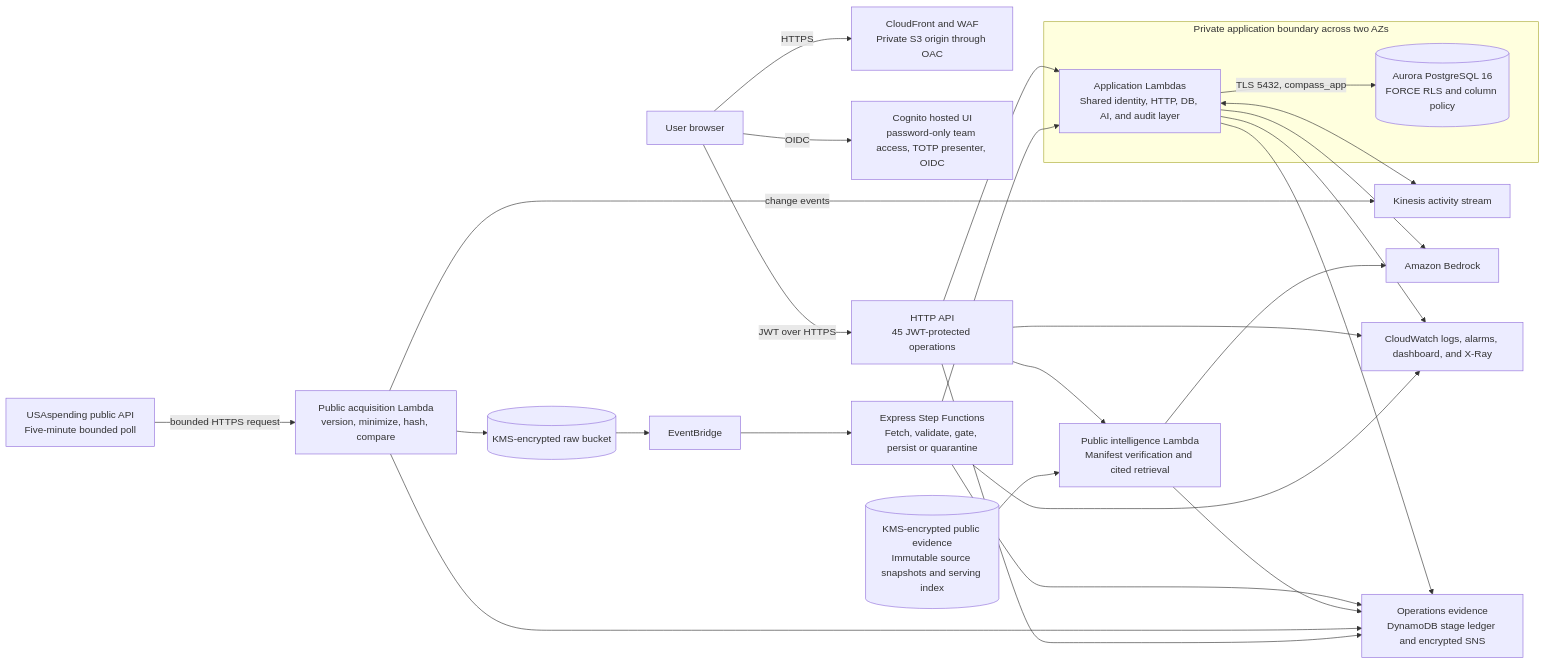
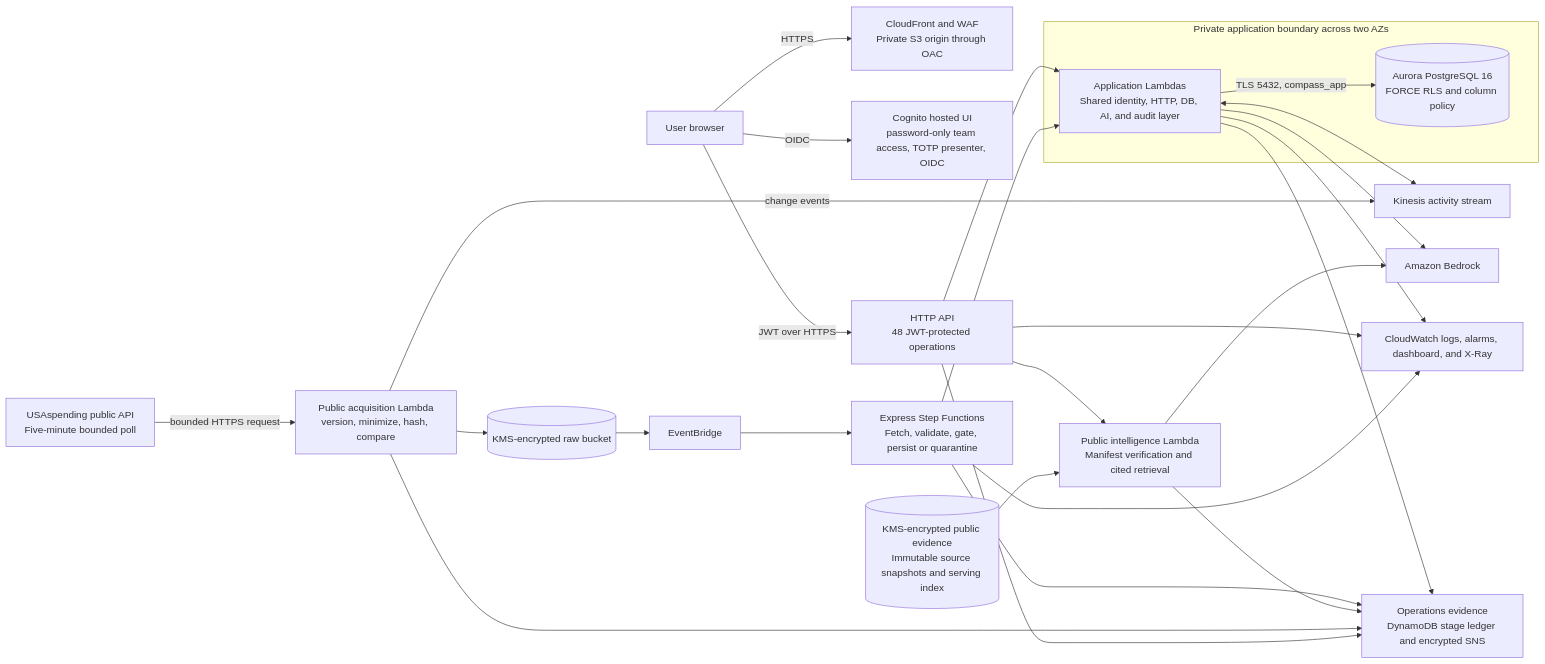
One commit to SatsyilCorp/compass-demo changed the first of 3 diagrams in docs/ARCHITECTURE.md. Above: the diagram before and after it, drawn with Mermaid. The commit also changed other lines of this file and 27 other files, not shown here.

````diff
--- a/docs/ARCHITECTURE.md
+++ b/docs/ARCHITECTURE.md
@@ -15,47 +15,47 @@
 ```mermaid
 flowchart LR
   U["User browser"]
   CF["CloudFront and WAF\nPrivate S3 origin through OAC"]
   COG["Cognito hosted UI\npassword-only team access, TOTP presenter, OIDC"]
-  API["HTTP API\n45 JWT-protected operations"]
+  API["HTTP API\n48 JWT-protected operations"]
 
   subgraph VPC["Private application boundary across two AZs"]
     L["Application Lambdas\nShared identity, HTTP, DB, AI, and audit layer"]
     DB[("Aurora PostgreSQL 16\nFORCE RLS and column policy")]
     L -->|"TLS 5432, compass_app"| DB
   end
 
   RAW[("KMS-encrypted raw bucket")]
   EB["EventBridge"]
   SFN["Express Step Functions\nFetch, validate, gate, persist or quarantine"]
   KIN["Kinesis activity stream"]
   BR["Amazon Bedrock"]
   PI["Public intelligence Lambda\nManifest verification and cited retrieval"]
   PUB[("KMS-encrypted public evidence\nImmutable source snapshots and serving index")]
   CW["CloudWatch logs, alarms, dashboard, and X-Ray"]
   OPS["Operations evidence\nDynamoDB stage ledger and encrypted SNS"]
   USA["USAspending public API\nFive-minute bounded poll"]
   ACQ["Public acquisition Lambda\nversion, minimize, hash, compare"]
 
   U -->|"HTTPS"| CF
   U -->|"OIDC"| COG
   U -->|"JWT over HTTPS"| API
   API --> L
   RAW --> EB --> SFN --> L
   L <--> KIN
   L --> BR
   API --> PI
   PUB --> PI
   PI --> BR
   API --> CW
   L --> CW
   SFN --> CW
   USA -->|"bounded HTTPS request"| ACQ
   ACQ --> RAW
   ACQ -->|"change events"| KIN
   L --> OPS
   SFN --> OPS
   PI --> OPS
   ACQ --> OPS
   API --> OPS
 ```
````
